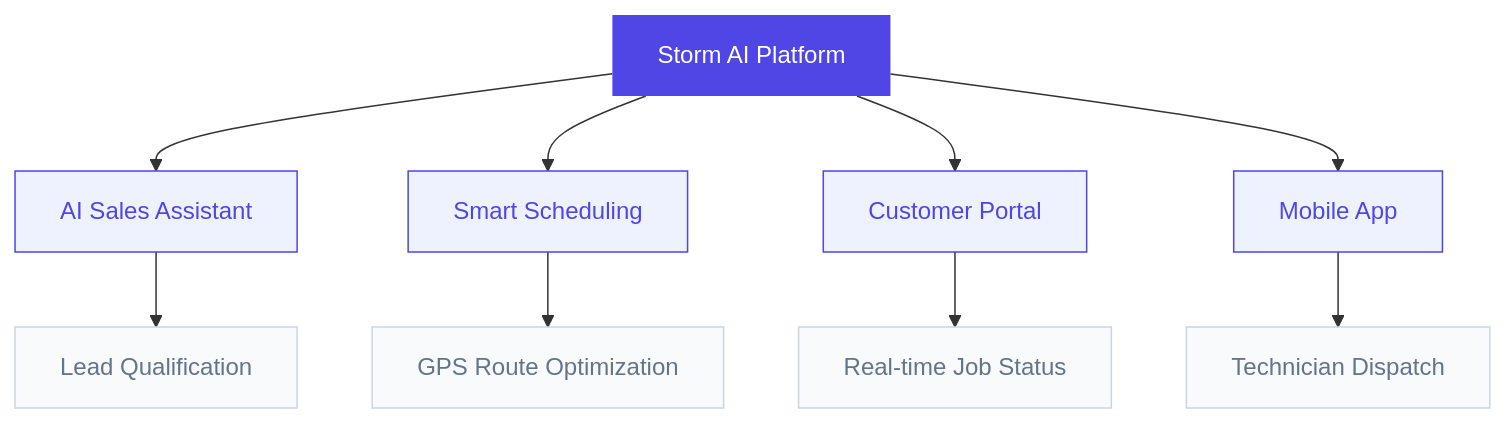
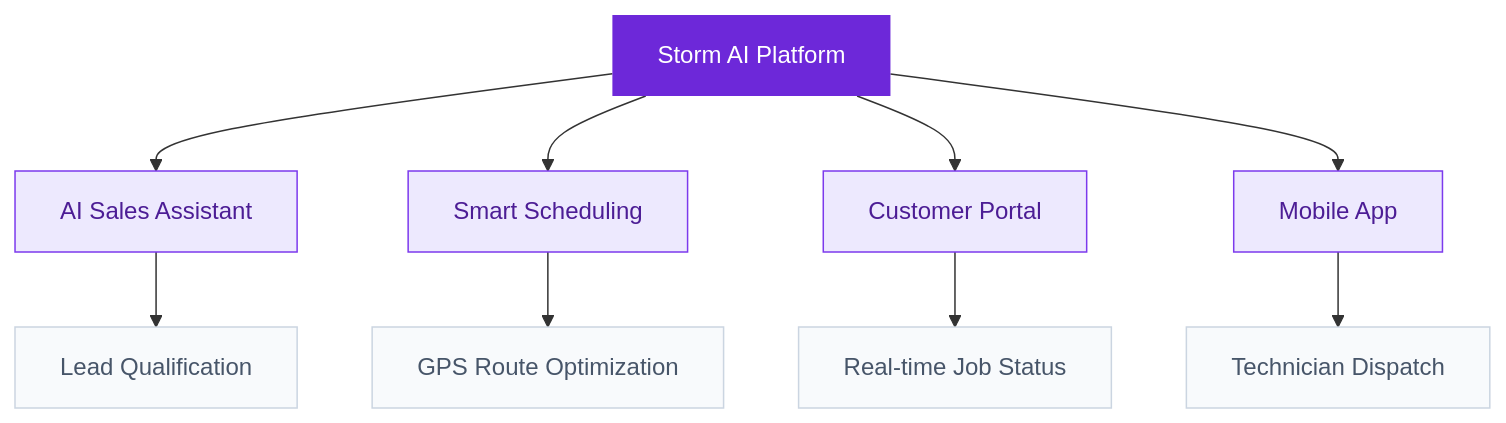
Before and after one commit to Hamza-Kahloon786/Hamza-Kahloon786: the fourth of 10 diagrams in README.md, drawn with Mermaid. The commit also changed other lines of this file and 23 other files, not shown here.

````diff
--- a/README.md
+++ b/README.md
@@ -123,20 +136,20 @@
 ```mermaid
 graph TD
     A[Storm AI Platform] --> B[AI Sales Assistant]
     A --> C[Smart Scheduling]
     A --> D[Customer Portal]
     A --> E[Mobile App]
     B --> F[Lead Qualification]
     C --> G[GPS Route Optimization]
     D --> H[Real-time Job Status]
     E --> I[Technician Dispatch]
-    style A fill:#4F46E5,color:#fff,stroke:none
-    style B fill:#EEF2FF,color:#4F46E5,stroke:#4F46E5
-    style C fill:#EEF2FF,color:#4F46E5,stroke:#4F46E5
-    style D fill:#EEF2FF,color:#4F46E5,stroke:#4F46E5
-    style E fill:#EEF2FF,color:#4F46E5,stroke:#4F46E5
-    style F fill:#F8FAFC,color:#64748B,stroke:#CBD5E1
-    style G fill:#F8FAFC,color:#64748B,stroke:#CBD5E1
-    style H fill:#F8FAFC,color:#64748B,stroke:#CBD5E1
-    style I fill:#F8FAFC,color:#64748B,stroke:#CBD5E1
+    style A fill:#6D28D9,color:#fff,stroke:none
+    style B fill:#EDE9FE,color:#4C1D95,stroke:#7C3AED
+    style C fill:#EDE9FE,color:#4C1D95,stroke:#7C3AED
+    style D fill:#EDE9FE,color:#4C1D95,stroke:#7C3AED
+    style E fill:#EDE9FE,color:#4C1D95,stroke:#7C3AED
+    style F fill:#F8FAFC,color:#475569,stroke:#CBD5E1
+    style G fill:#F8FAFC,color:#475569,stroke:#CBD5E1
+    style H fill:#F8FAFC,color:#475569,stroke:#CBD5E1
+    style I fill:#F8FAFC,color:#475569,stroke:#CBD5E1
 ```
````
